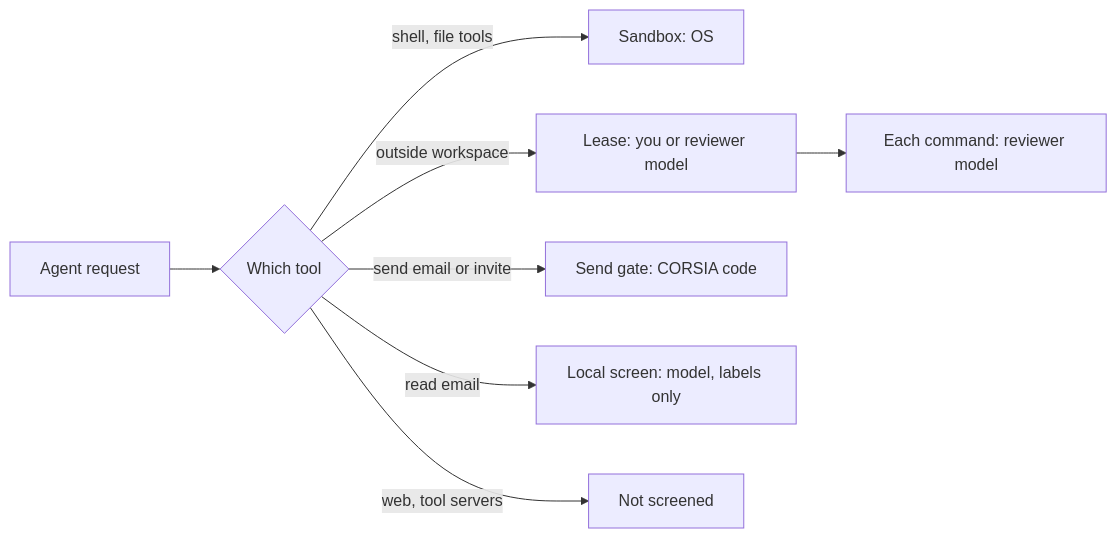
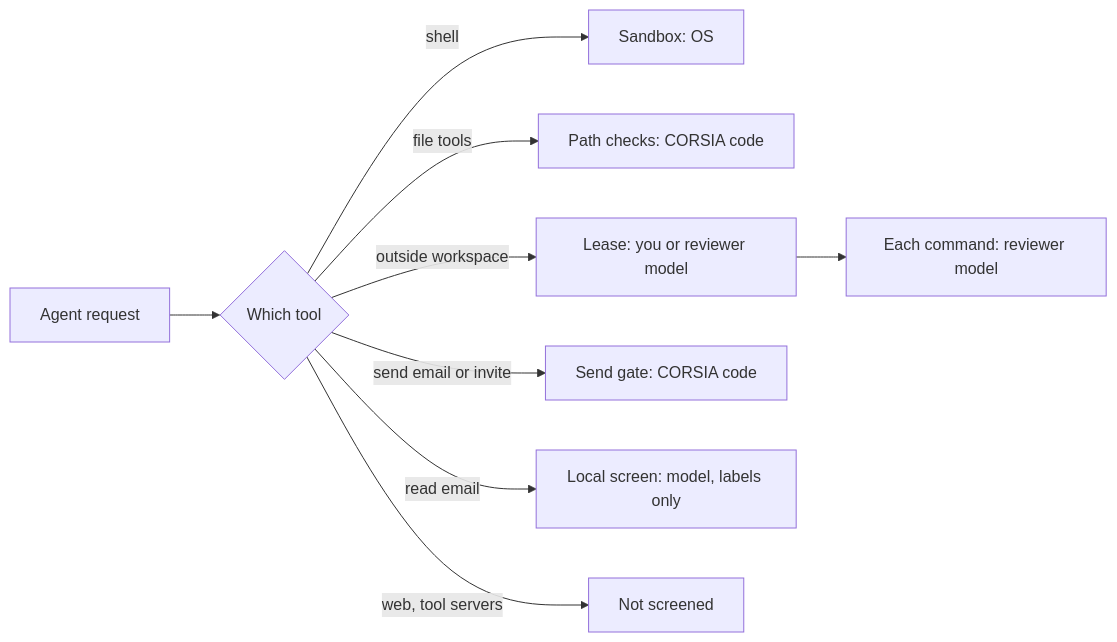
Before and after one commit to cebertowicz/corsia: the diagram in docs/security/threat-model.md, drawn with Mermaid. The commit also changed other lines of this file and 14 other files, not shown here.

````diff
--- a/docs/security/threat-model.md
+++ b/docs/security/threat-model.md
@@ -47,10 +47,11 @@
 ```mermaid
 flowchart LR
     R[Agent request] --> T{Which tool}
-    T -->|shell, file tools| SB[Sandbox: OS]
+    T -->|shell| SB[Sandbox: OS]
+    T -->|file tools| FG[Path checks: CORSIA code]
     T -->|outside workspace| L[Lease: you or reviewer model]
     L --> AR[Each command: reviewer model]
     T -->|send email or invite| G[Send gate: CORSIA code]
     T -->|read email| ES[Local screen: model, labels only]
     T -->|web, tool servers| X[Not screened]
 ```
````
